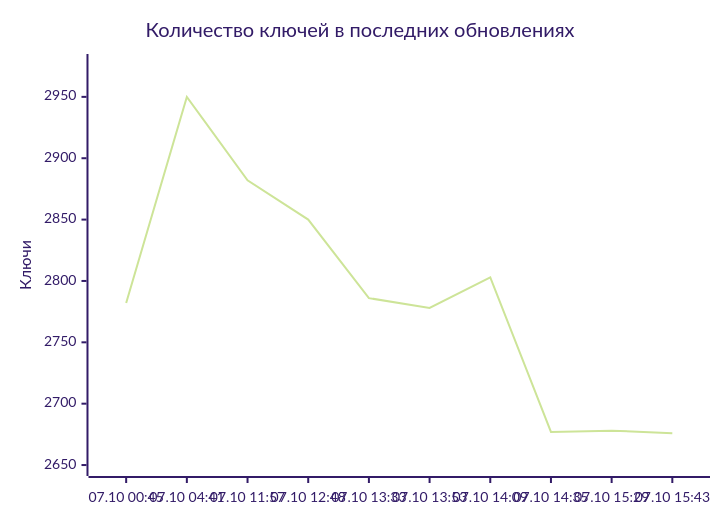
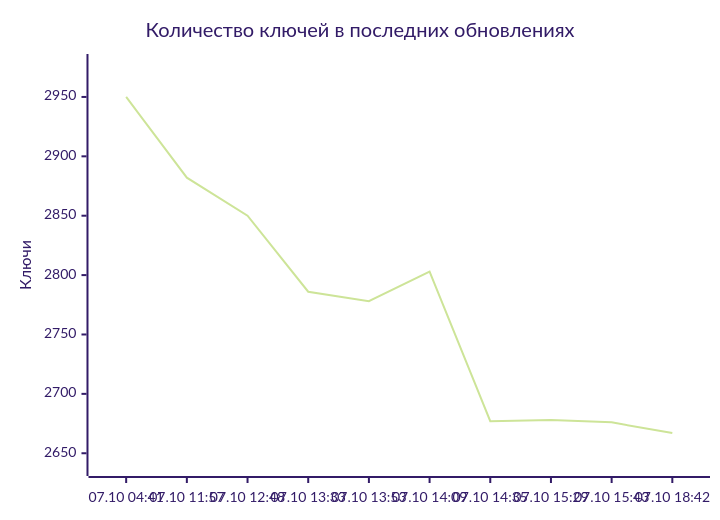
The diagram in README.md (markKikhtenko/WireVeil), drawn with Mermaid (forest theme) before and after one commit. The commit also changed other lines of this file and 12 other files, not shown here.

````diff
--- a/README.md
+++ b/README.md
@@ -55,7 +55,7 @@
 ```mermaid
 xychart-beta
     title "Количество ключей в последних обновлениях"
-    x-axis ["07.10 00:45", "07.10 04:41", "07.10 11:57", "07.10 12:48", "07.10 13:33", "07.10 13:53", "07.10 14:09", "07.10 14:35", "07.10 15:29", "07.10 15:43"]
-    y-axis "Ключи" 2648 --> 2978
-    line [2782, 2950, 2882, 2850, 2786, 2778, 2803, 2677, 2678, 2676]
+    x-axis ["07.10 04:41", "07.10 11:57", "07.10 12:48", "07.10 13:33", "07.10 13:53", "07.10 14:09", "07.10 14:35", "07.10 15:29", "07.10 15:43", "07.10 18:42"]
+    y-axis "Ключи" 2638 --> 2979
+    line [2950, 2882, 2850, 2786, 2778, 2803, 2677, 2678, 2676, 2667]
 ```
````
